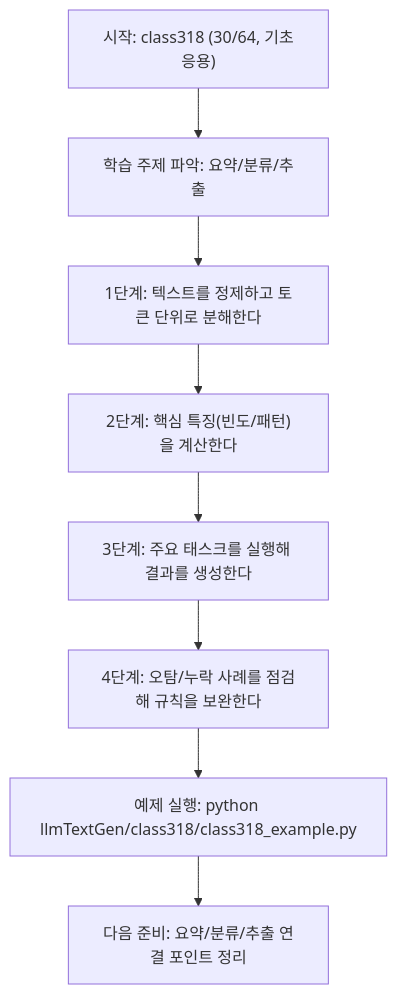
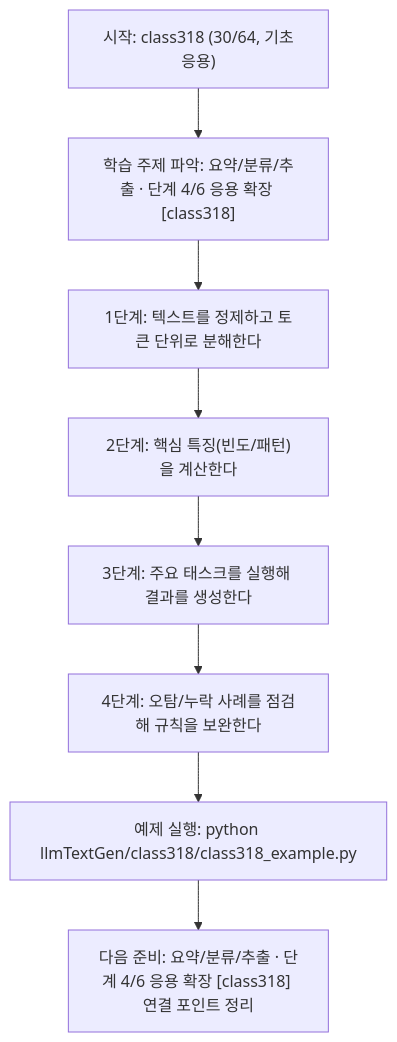
The diagram in llmTextGen/class318/class318.md (edumgt/Python-AI_Agent-Class), drawn with Mermaid before and after one commit. The commit also changed other lines of this file and 522 other files, not shown here.

````diff
--- a/llmTextGen/class318/class318.md
+++ b/llmTextGen/class318/class318.md
@@ -113,18 +114,18 @@
 ```mermaid
 flowchart TD
 N1["시작: class318 (30/64, 기초응용)"]
-N2["학습 주제 파악: 요약/분류/추출"]
+N2["학습 주제 파악: 요약/분류/추출 · 단계 4/6 응용 확장 [class318]"]
 N3["1단계: 텍스트를 정제하고 토큰 단위로 분해한다"]
 N4["2단계: 핵심 특징(빈도/패턴)을 계산한다"]
 N5["3단계: 주요 태스크를 실행해 결과를 생성한다"]
 N6["4단계: 오탐/누락 사례를 점검해 규칙을 보완한다"]
 N7["예제 실행: python llmTextGen/class318/class318_example.py"]
-N8["다음 준비: 요약/분류/추출 연결 포인트 정리"]
+N8["다음 준비: 요약/분류/추출 · 단계 4/6 응용 확장 [class318] 연결 포인트 정리"]
 N1 --> N2
 N2 --> N3
 N3 --> N4
 N4 --> N5
 N5 --> N6
 N6 --> N7
 N7 --> N8
 ```
````
